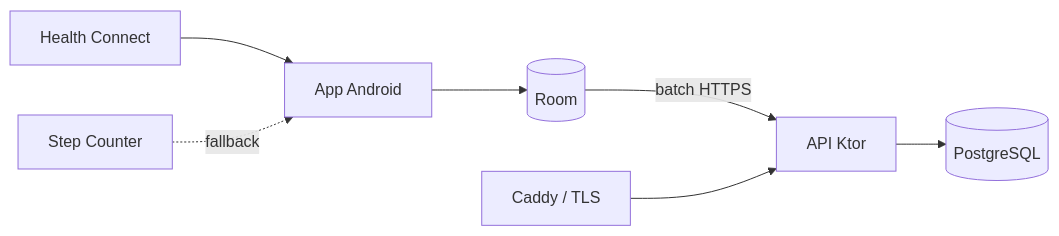
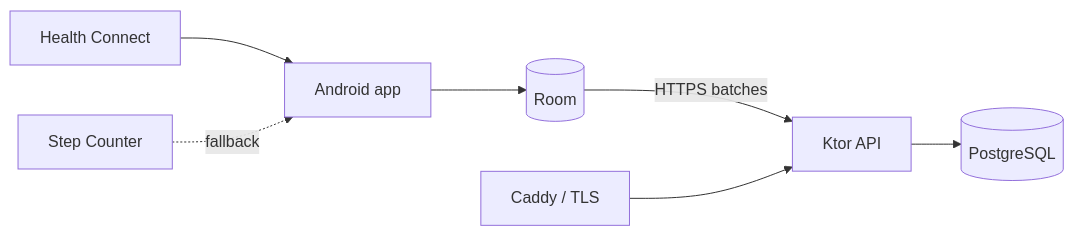
Before and after one commit to Aron-Magg/StepsTracker: the diagram in README.md, drawn with Mermaid. The commit also changed other lines of this file and 7 other files, not shown here.

````diff
--- a/README.md
+++ b/README.md
@@ -26,9 +26,9 @@
 ```mermaid
 flowchart LR
-    HC[Health Connect] --> APP[App Android]
+    HC[Health Connect] --> APP[Android app]
     SC[Step Counter] -. fallback .-> APP
     APP --> ROOM[(Room)]
-    ROOM -->|batch HTTPS| API[API Ktor]
+    ROOM -->|HTTPS batches| API[Ktor API]
     API --> DB[(PostgreSQL)]
     CADDY[Caddy / TLS] --> API
 ```
````
